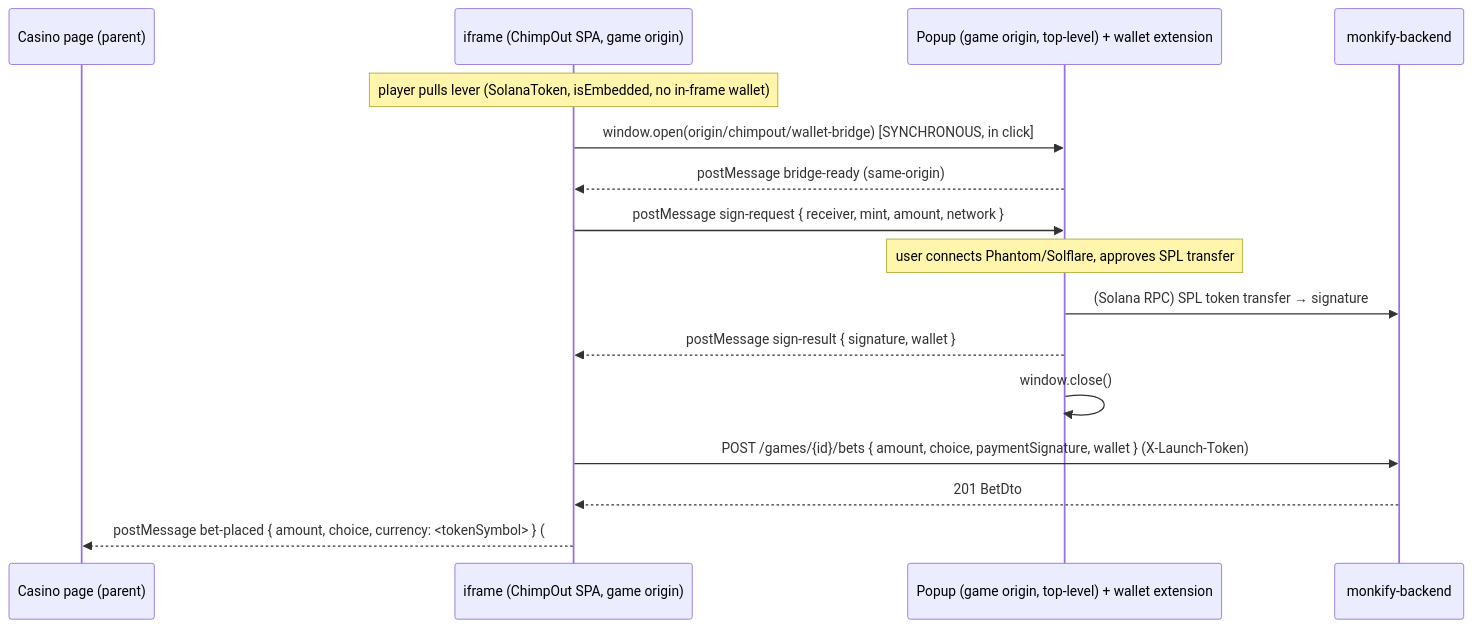
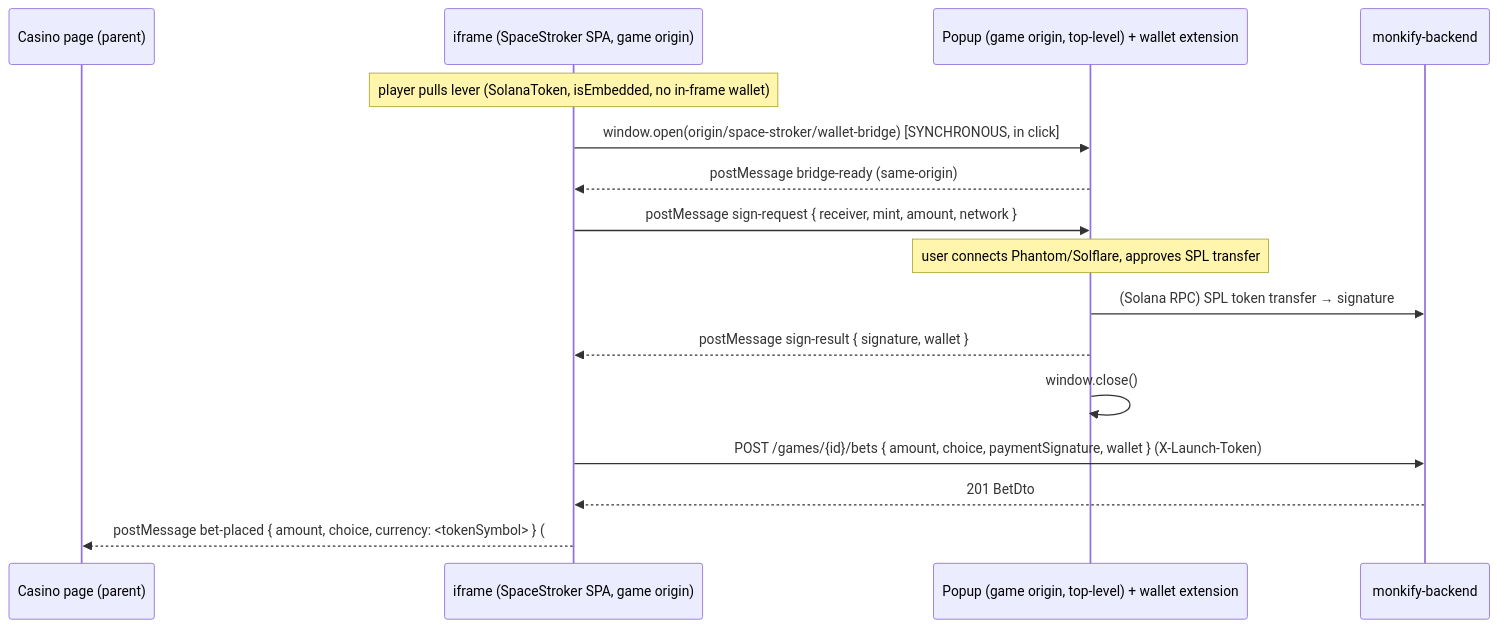
One commit to marcusruas/monkify-meta changed the first of 2 diagrams in specs/iframe-crypto-games.md. Above: the diagram before and after it, drawn with Mermaid. The commit also changed other lines of this file and 99 other files, not shown here.

First line of the commit message:
Rename ChimpOut -> SpaceStroker across deploy + KB (#75).

````diff
--- a/specs/iframe-crypto-games.md
+++ b/specs/iframe-crypto-games.md
@@ -375,19 +375,19 @@
 ```mermaid
 sequenceDiagram
   participant Casino as Casino page (parent)
-  participant Frame as iframe (ChimpOut SPA, game origin)
+  participant Frame as iframe (SpaceStroker SPA, game origin)
   participant Popup as Popup (game origin, top-level) + wallet extension
   participant API as monkify-backend
 
   Note over Frame: player pulls lever (SolanaToken, isEmbedded, no in-frame wallet)
-  Frame->>Popup: window.open(origin/chimpout/wallet-bridge)  [SYNCHRONOUS, in click]
+  Frame->>Popup: window.open(origin/space-stroker/wallet-bridge)  [SYNCHRONOUS, in click]
   Popup-->>Frame: postMessage bridge-ready            (same-origin)
   Frame->>Popup: postMessage sign-request { receiver, mint, amount, network }
   Note over Popup: user connects Phantom/Solflare, approves SPL transfer
   Popup->>API: (Solana RPC) SPL token transfer → signature
   Popup-->>Frame: postMessage sign-result { signature, wallet }
   Popup->>Popup: window.close()
   Frame->>API: POST /games/{id}/bets { amount, choice, paymentSignature, wallet }  (X-Launch-Token)
   API-->>Frame: 201 BetDto
   Frame-->>Casino: postMessage bet-placed { amount, choice, currency: <tokenSymbol> }   (#3 envelope, token-native)
 ```
````
